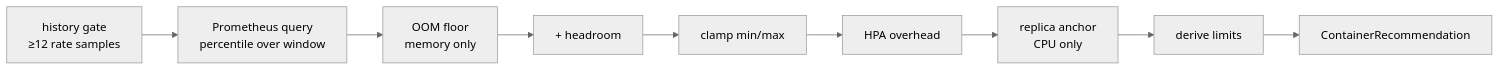
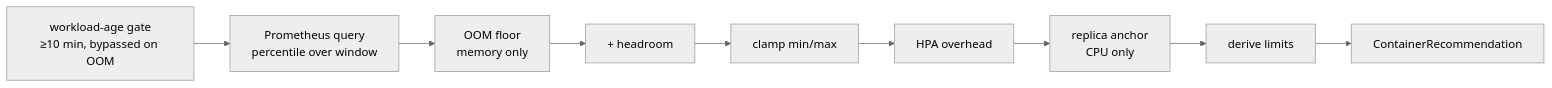
One commit to noony/k8s-sustain changed the diagram in docs/concepts/recommendation-pipeline.md. Above: the diagram before and after it, drawn with Mermaid (neutral theme). The commit also changed other lines of this file and 8 other files, not shown here.

Commit message:
refactor: extract shared recommender helpers, dedupe patcher in-place resize, apply age gate + OOM signal in webhook

````diff
--- a/docs/concepts/recommendation-pipeline.md
+++ b/docs/concepts/recommendation-pipeline.md
@@ -35,11 +35,11 @@
 ```mermaid
 flowchart LR
-    G[history gate<br/>≥12 rate samples] --> Q[Prometheus query<br/>percentile over window]
+    G[workload-age gate<br/>≥10 min, bypassed on OOM] --> Q[Prometheus query<br/>percentile over window]
     Q --> F[OOM floor<br/>memory only]
     F --> H[+ headroom]
     H --> C[clamp min/max]
     C --> O[HPA overhead]
     O --> R[replica anchor<br/>CPU only]
     R --> L[derive limits]
     L --> OUT[ContainerRecommendation]
 ```
````
